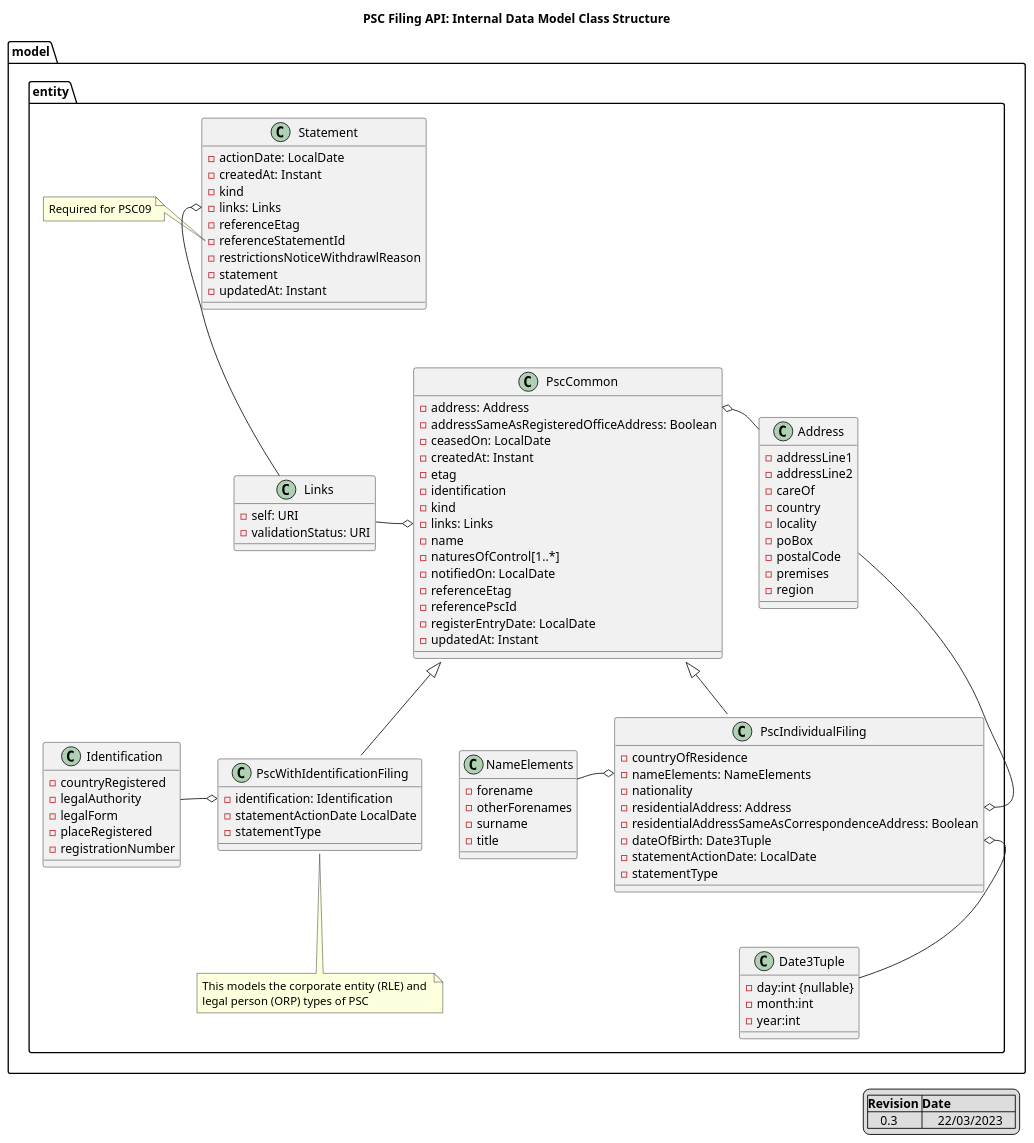
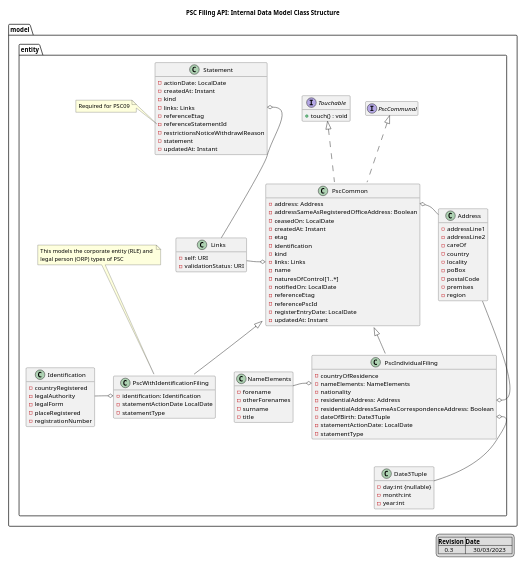
Before and after one commit to companieshouse/psc-filing-api: the diagram in docs/Internal Data Model of PSC Classes.puml, drawn with PlantUML. The commit also changed 3 other files, not shown here.

First line of the commit message:
Updated UML class data models

```diff
--- a/docs/Internal Data Model of PSC Classes.puml
+++ b/docs/Internal Data Model of PSC Classes.puml
@@ -1,119 +1,126 @@
 @startuml
 
 title PSC Filing API: Internal Data Model Class Structure
-
+scale 0.5
 'skinparam style strictuml
+hide empty members
 
 legend right
 |=Revision |=Date |
-|    0.3    |     22/03/2023    |
+|    0.3    |     30/03/2023    |
 end legend
 
     package "model" {
 
         package "entity" {
 
-           class PscCommon {
+        interface PscCommunal
+
+        interface Touchable {
+            +touch() : void
+        }
+
+           class PscCommon implements PscCommunal, Touchable {
              -address: Address
              -addressSameAsRegisteredOfficeAddress: Boolean
              -ceasedOn: LocalDate
              -createdAt: Instant
              -etag
              -identification
              -kind
              -links: Links
              -name
              -naturesOfControl[1..*]
              -notifiedOn: LocalDate
              -referenceEtag
              -referencePscId
              -registerEntryDate: LocalDate
              -updatedAt: Instant
            }
 
            class PscWithIdentificationFiling extends PscCommon {
              -identification: Identification
              -statementActionDate LocalDate
              -statementType
            }
 
            note "This models the corporate entity (RLE) and \nlegal person (ORP) types of PSC" as Note1
-           PscWithIdentificationFiling .. Note1
+           PscWithIdentificationFiling -u- Note1
 
            class PscIndividualFiling extends PscCommon {
                 -countryOfResidence
                 -nameElements: NameElements
                 -nationality
                 -residentialAddress: Address
                 -residentialAddressSameAsCorrespondenceAddress: Boolean
                 -dateOfBirth: Date3Tuple
                 -statementActionDate: LocalDate
                 -statementType
            }
 
             class Address {
                 -addressLine1
                 -addressLine2
                 -careOf
                 -country
                 -locality
                 -poBox
                 -postalCode
                 -premises
                 -region
             }
     
             class Date3Tuple {
                 -day:int {nullable}
                 -month:int
                 -year:int
             }
 
             class Identification {
                 -countryRegistered
                 -legalAuthority
                 -legalForm
                 -placeRegistered
                 -registrationNumber
             }
    
             class NameElements {
                 -forename
                 -otherForenames
                 -surname
                 -title
             }
    
             class Statement {
                 -actionDate: LocalDate
                 -createdAt: Instant
                 -kind
                 -links: Links
                 -referenceEtag
                 -referenceStatementId
                 -restrictionsNoticeWithdrawlReason
                 -statement
                 -updatedAt: Instant
             }
 
             class Links {
                 -self: URI
                 -validationStatus: URI
             }
 
          note left of Statement::referenceStatementId
                 Required for PSC09
            end note
 
             NameElements -o PscIndividualFiling::nameElements
             Identification -o PscWithIdentificationFiling::identification
             PscCommon::address o- Address
             Links -o PscCommon::links
             Address --o PscIndividualFiling::residentialAddress
             PscIndividualFiling::dateOfBirth o-- Date3Tuple
             Statement::links o-- Links
 
            }
     }
 
 @enduml
```
